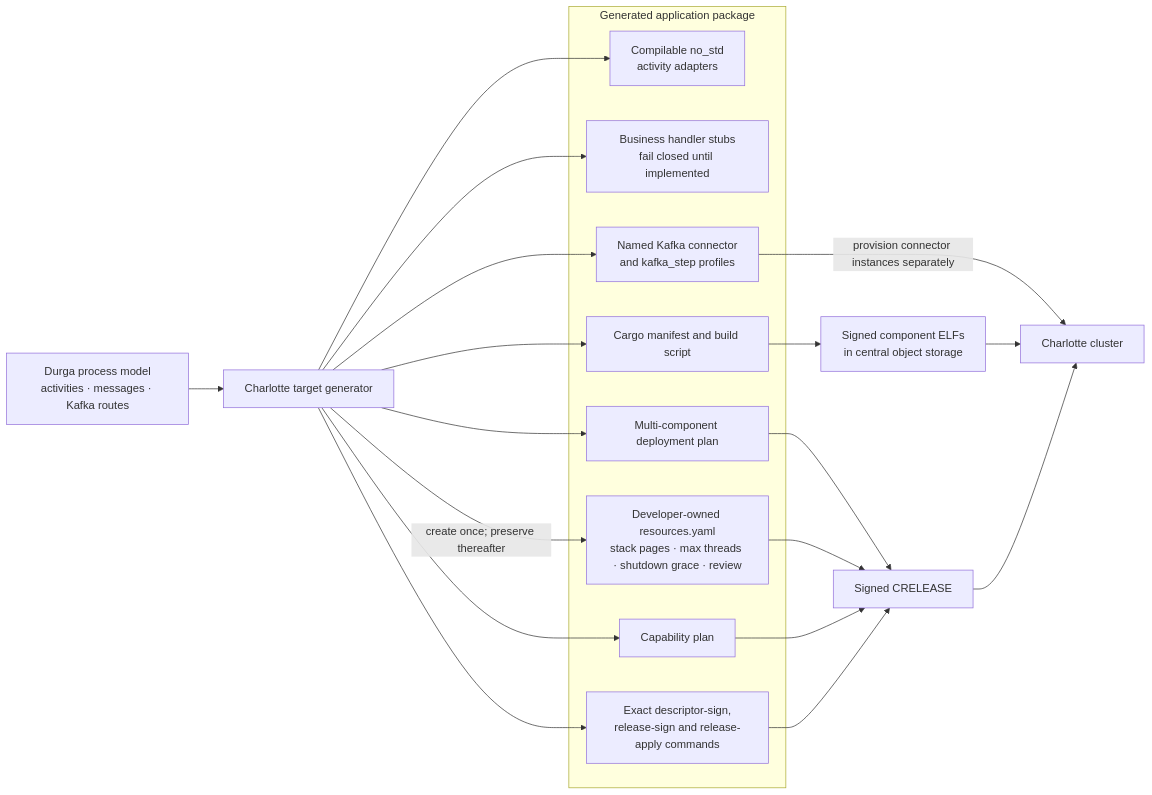
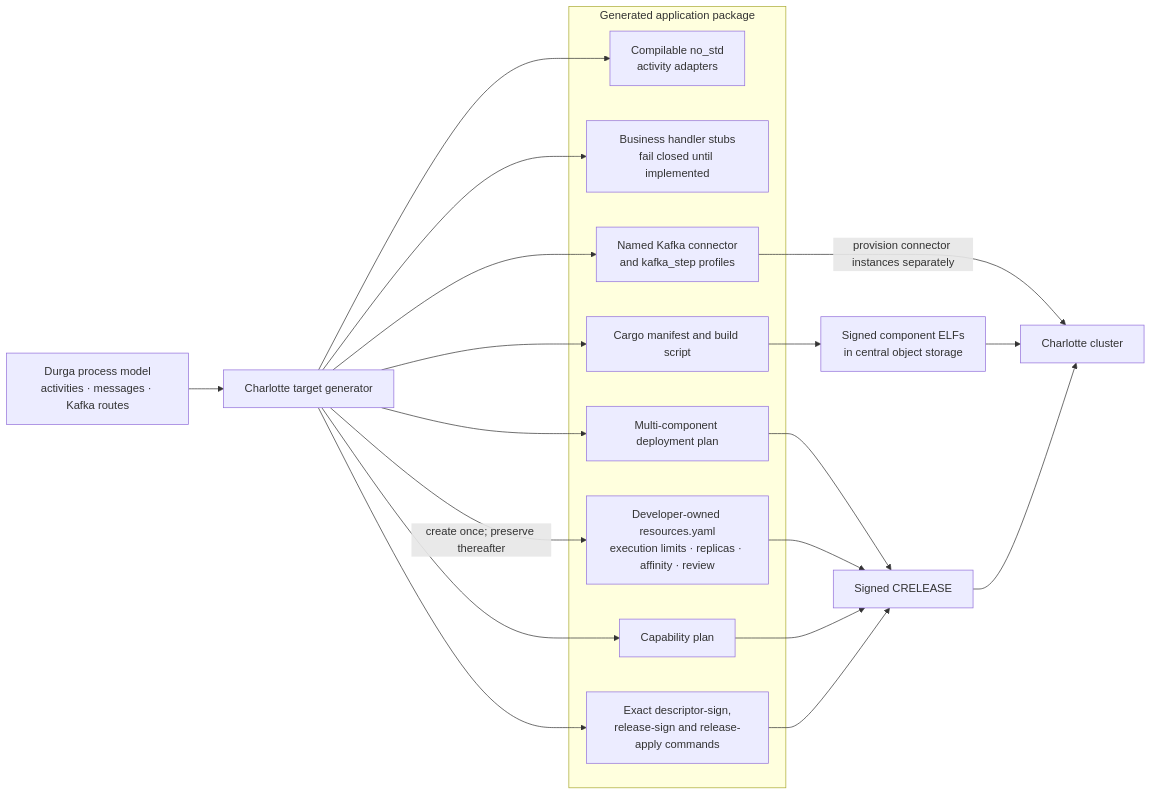
Before and after one commit to FrodeRanders/charlotte-os: diagram 11 of 12 in docs/figures.md, drawn with Mermaid. The commit also changed other lines of this file and 33 other files, not shown here.

````diff
--- a/docs/figures.md
+++ b/docs/figures.md
@@ -498,39 +498,39 @@
 ```mermaid
 flowchart LR
 MODEL["Durga process model<br/>activities · messages · Kafka routes"]
 GEN["Charlotte target generator"]
 
       subgraph OUTPUT["Generated application package"]
           ADAPTERS["Compilable no_std<br/>activity adapters"]
           HANDLERS["Business handler stubs<br/>fail closed until implemented"]
           BUILD["Cargo manifest and build script"]
-          RESOURCES["Developer-owned resources.yaml<br/>stack pages · max threads · shutdown grace · review"]
+          RESOURCES["Developer-owned resources.yaml<br/>execution limits · replicas · affinity · review"]
           CAPS["Capability plan"]
           KPROFILES["Named Kafka connector<br/>and kafka_step profiles"]
           PLAN["Multi-component deployment plan"]
           COMMANDS["Exact descriptor-sign,<br/>release-sign and release-apply commands"]
       end
 
       ARTIFACTS["Signed component ELFs<br/>in central object storage"]
       RELEASE["Signed CRELEASE"]
       CLUSTER["Charlotte cluster"]
 
       MODEL --> GEN
       GEN --> ADAPTERS
       GEN --> HANDLERS
       GEN --> BUILD
       GEN -->|"create once; preserve thereafter"| RESOURCES
       GEN --> CAPS
       GEN --> KPROFILES
       GEN --> PLAN
       GEN --> COMMANDS
 
       BUILD --> ARTIFACTS
       PLAN --> RELEASE
       RESOURCES --> RELEASE
       CAPS --> RELEASE
       KPROFILES -->|"provision connector instances separately"| CLUSTER
       COMMANDS --> RELEASE
       ARTIFACTS --> CLUSTER
       RELEASE --> CLUSTER
 ```
````
